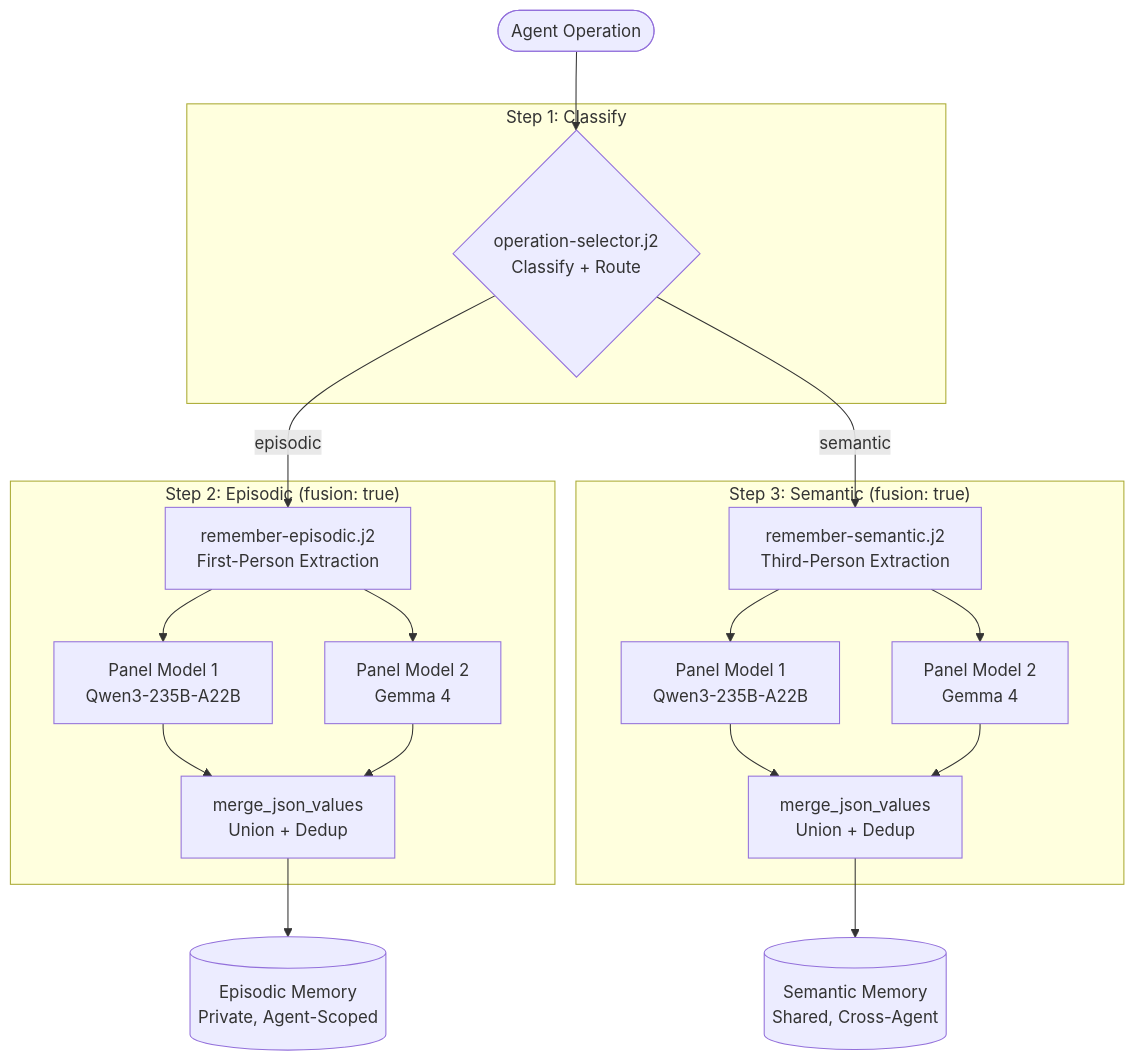
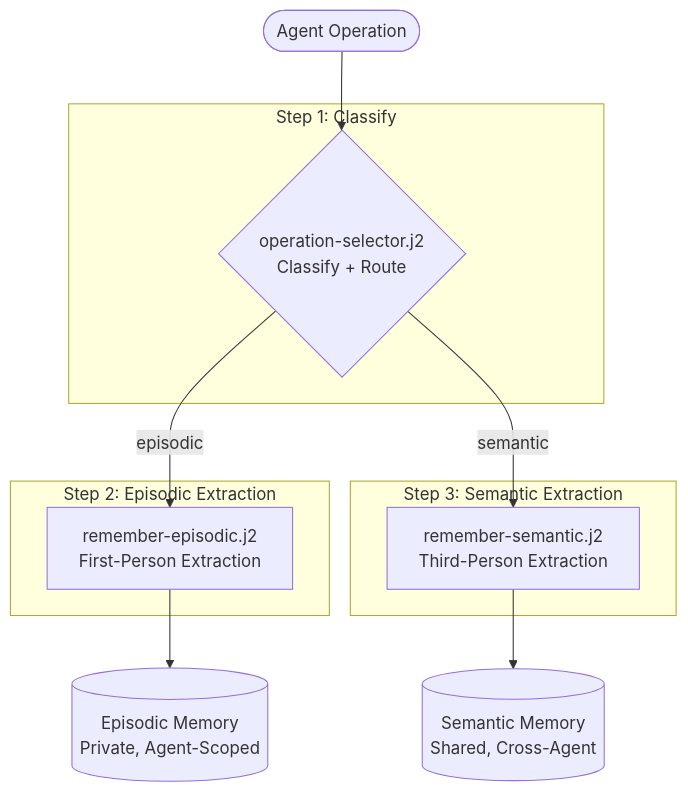
Before and after one commit to mdz-axo/zed-kask: the sixth of 8 diagrams in kask/docs/explanation/cognition-and-replica.md, drawn with Mermaid. The commit also changed other lines of this file and 31 other files, not shown here.

First line of the commit message:
Consolidate model constants and add mermaid types

````diff
--- a/kask/docs/explanation/cognition-and-replica.md
+++ b/kask/docs/explanation/cognition-and-replica.md
@@ -710,49 +708,27 @@
 ```mermaid
 flowchart TD
     OP([Agent Operation])
     OS{operation-selector.j2\nClassify + Route}
     EP["remember-episodic.j2\nFirst-Person Extraction"]
     SE["remember-semantic.j2\nThird-Person Extraction"]
-    MAE["Panel Model 1\nQwen3-235B-A22B"]
-    MBE["Panel Model 2\nGemma 4"]
-    MAS["Panel Model 1\nQwen3-235B-A22B"]
-    MBS["Panel Model 2\nGemma 4"]
-    ME["merge_json_values\nUnion + Dedup"]
-    MS["merge_json_values\nUnion + Dedup"]
     EM[("Episodic Memory\nPrivate, Agent-Scoped")]
     SM[("Semantic Memory\nShared, Cross-Agent")]
 
     OP --> OS
     OS -->|episodic| EP
     OS -->|semantic| SE
-
-    EP --> MAE
-    EP --> MBE
-    MAE --> ME
-    MBE --> ME
-    ME --> EM
-
-    SE --> MAS
-    SE --> MBS
-    MAS --> MS
-    MBS --> MS
-    MS --> SM
+    EP --> EM
+    SE --> SM
 
     subgraph "Step 1: Classify"
         OS
     end
 
-    subgraph "Step 2: Episodic (fusion: true)"
+    subgraph "Step 2: Episodic Extraction"
         EP
-        MAE
-        MBE
-        ME
     end
 
-    subgraph "Step 3: Semantic (fusion: true)"
+    subgraph "Step 3: Semantic Extraction"
         SE
-        MAS
-        MBS
-        MS
     end
 ```
````
